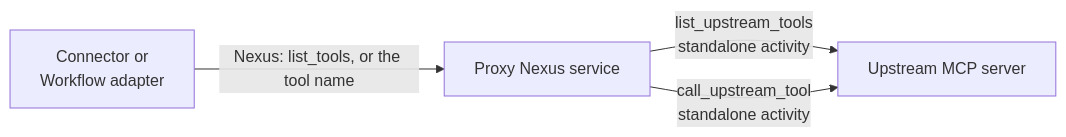
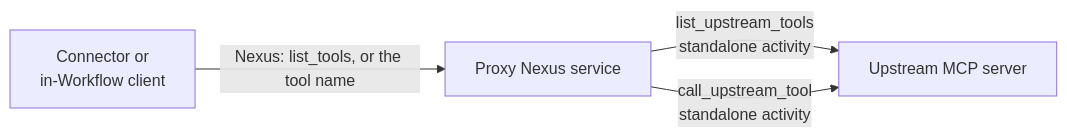
One commit to long-nt-tran/durable-mcp-connector changed the fifth of 5 diagrams in ARCHITECTURE.md. Above: the diagram before and after it, drawn with Mermaid. The commit also changed other lines of this file and 50 other files, not shown here.

````diff
--- a/ARCHITECTURE.md
+++ b/ARCHITECTURE.md
@@ -240,6 +338,6 @@
 ```mermaid
 flowchart LR
-  C["Connector or<br>Workflow adapter"] -->|"Nexus: list_tools, or the tool name"| P["Proxy Nexus service"]
+  C["Connector or<br>in-Workflow client"] -->|"Nexus: list_tools, or the tool name"| P["Proxy Nexus service"]
   P -->|"list_upstream_tools<br>standalone activity"| U["Upstream MCP server"]
   P -->|"call_upstream_tool<br>standalone activity"| U
 ```
````
